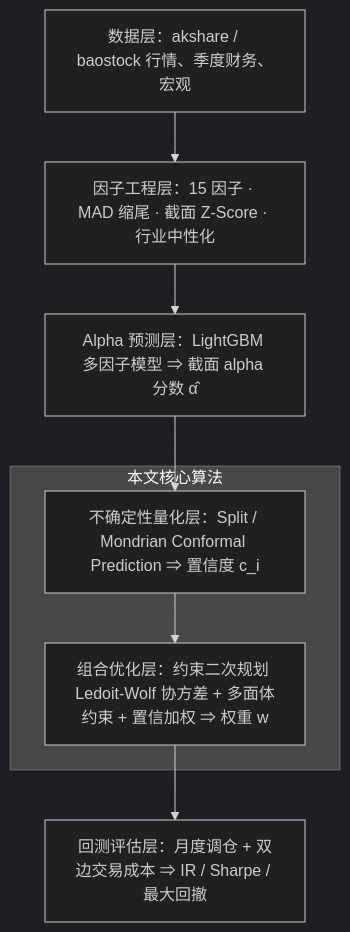
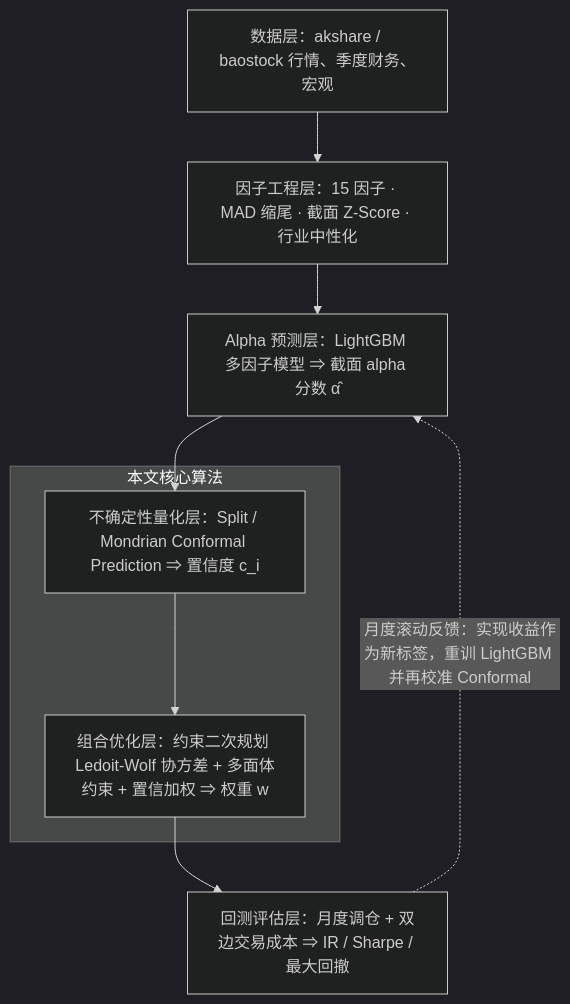
The first of 2 diagrams in paper/preview.md (aokimi0/IndexEnhancementStrategy), drawn with Mermaid (dark theme) before and after one commit. The commit also changed other lines of this file and 18 other files, not shown here.

First line of the commit message:
论文改用诚实口径(点位成分+去前瞻)实证并重绘图表

````diff
--- a/paper/preview.md
+++ b/paper/preview.md
@@ -166,12 +166,13 @@
 ```mermaid
 flowchart TB
     A[数据层：akshare / baostock 行情、季度财务、宏观] --> B[因子工程层：15 因子 · MAD 缩尾 · 截面 Z-Score · 行业中性化]
     B --> C[Alpha 预测层：LightGBM 多因子模型 ⇒ 截面 alpha 分数 α̂]
     C --> D[不确定性量化层：Split / Mondrian Conformal Prediction ⇒ 置信度 c_i]
     D --> E[组合优化层：约束二次规划 Ledoit-Wolf 协方差 + 多面体约束 + 置信加权 ⇒ 权重 w]
     E --> F[回测评估层：月度调仓 + 双边交易成本 ⇒ IR / Sharpe / 最大回撤]
+    F -.->|月度滚动反馈：实现收益作为新标签，重训 LightGBM 并再校准 Conformal| C
     subgraph 本文核心算法
     D
     E
     end
 ```
````
